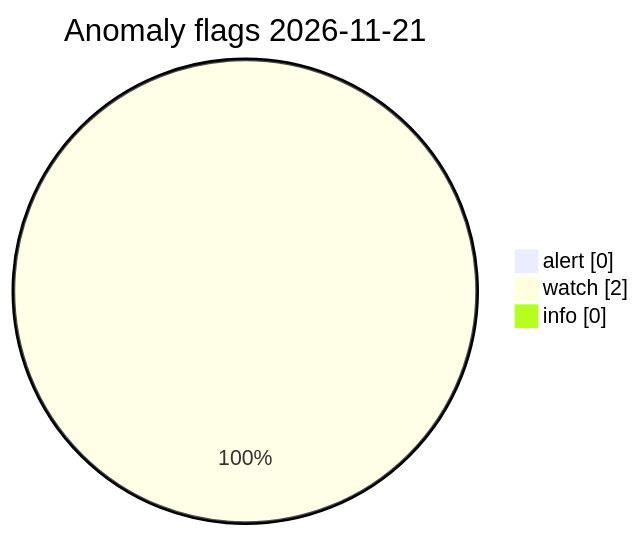
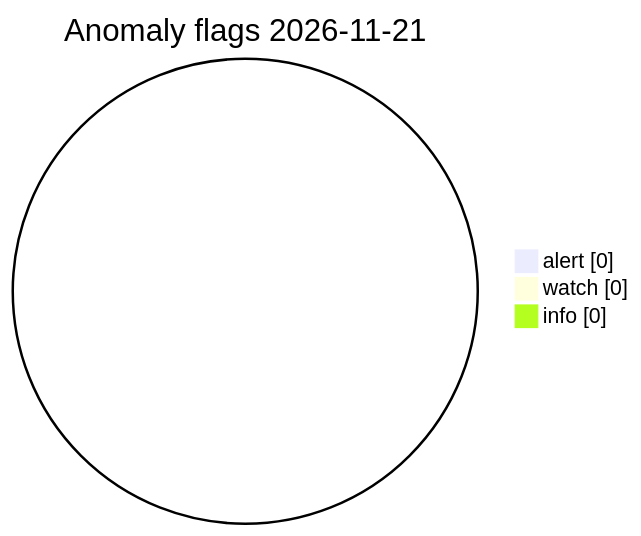
Before and after one commit to Midwest-Stratospheric/Unified-Open-Global-Weather: the diagram in visuals/latest/CHARTS.md, drawn with Mermaid. The commit also changed other lines of this file and 13 other files, not shown here.

Commit message:
data(visuals): automated charts 2026-11-21T16:53Z

````diff
--- a/visuals/latest/CHARTS.md
+++ b/visuals/latest/CHARTS.md
@@ -73,7 +73,7 @@
 ```mermaid
 pie showData
   title Anomaly flags 2026-11-21
   "alert" : 0
-  "watch" : 2
+  "watch" : 0
   "info" : 0
 ```
````
